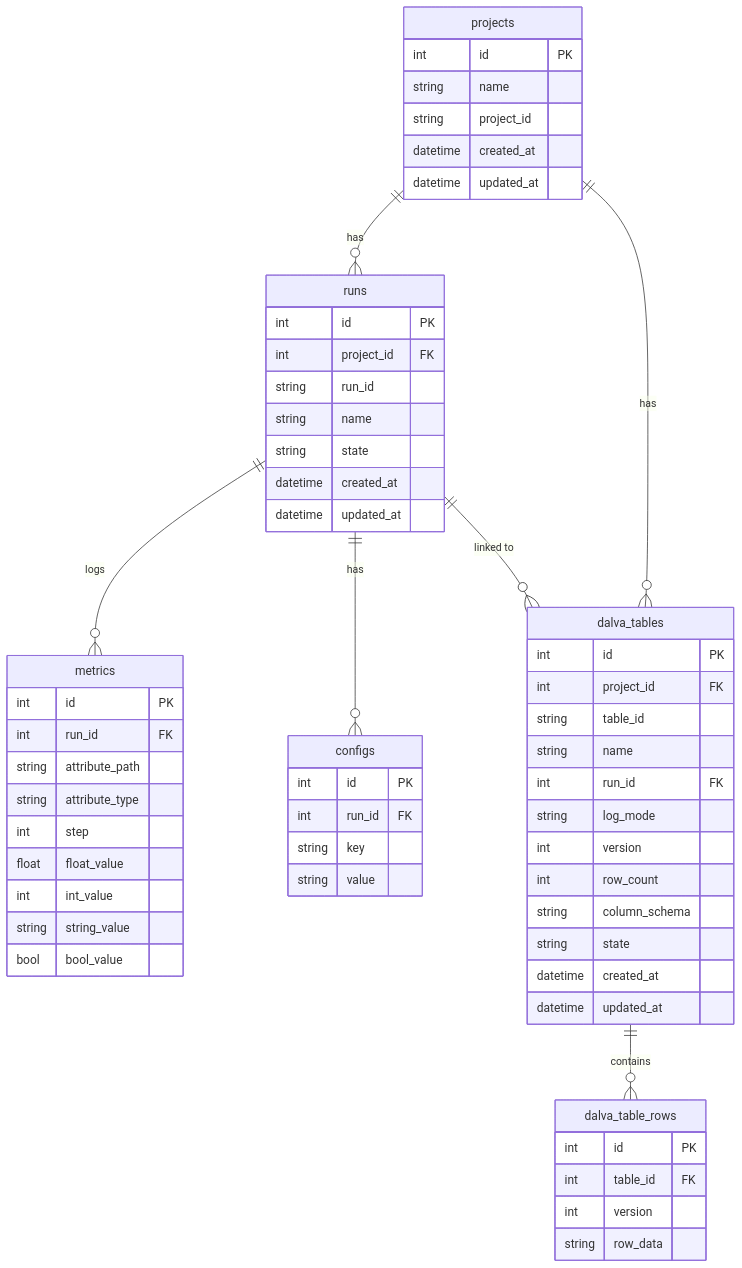
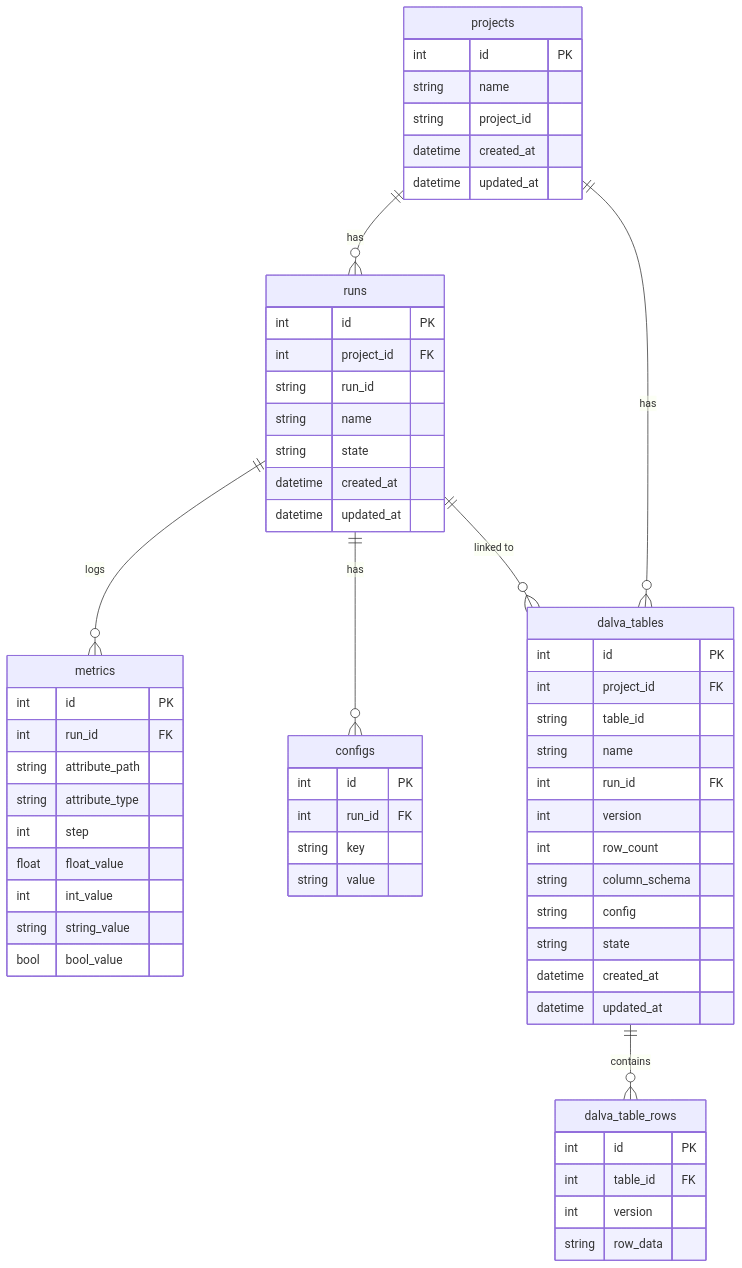
One commit to tuliosouza99/Dalva changed the third of 4 diagrams in docs/architecture.md. Above: the diagram before and after it, drawn with Mermaid. The commit also changed 36 other files, not shown here.

First line of the commit message:
Replace pandera/pandas table validation with DalvaSchema

````diff
--- a/docs/architecture.md
+++ b/docs/architecture.md
@@ -151,68 +151,68 @@
 ```mermaid
 erDiagram
     projects {
         int id PK
         string name
         string project_id
         datetime created_at
         datetime updated_at
     }
     
     runs {
         int id PK
         int project_id FK
         string run_id
         string name
         string state
         datetime created_at
         datetime updated_at
     }
     
     metrics {
         int id PK
         int run_id FK
         string attribute_path
         string attribute_type
         int step
         float float_value
         int int_value
         string string_value
         bool bool_value
     }
     
     configs {
         int id PK
         int run_id FK
         string key
         string value
     }
     
     dalva_tables {
         int id PK
         int project_id FK
         string table_id
         string name
         int run_id FK
-        string log_mode
         int version
         int row_count
         string column_schema
+        string config
         string state
         datetime created_at
         datetime updated_at
     }
     
     dalva_table_rows {
         int id PK
         int table_id FK
         int version
         string row_data
     }
     
     projects ||--o{ runs : "has"
     projects ||--o{ dalva_tables : "has"
     runs ||--o{ metrics : "logs"
     runs ||--o{ configs : "has"
     runs ||--o{ dalva_tables : "linked to"
     dalva_tables ||--o{ dalva_table_rows : "contains"
 ```
````
